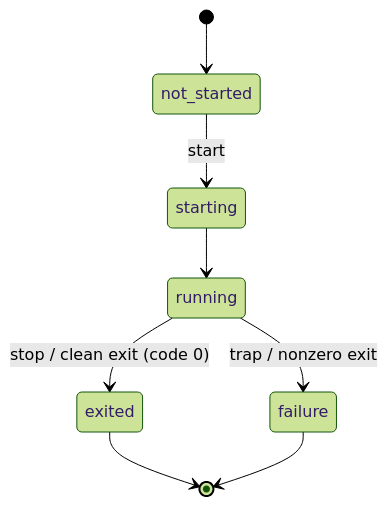
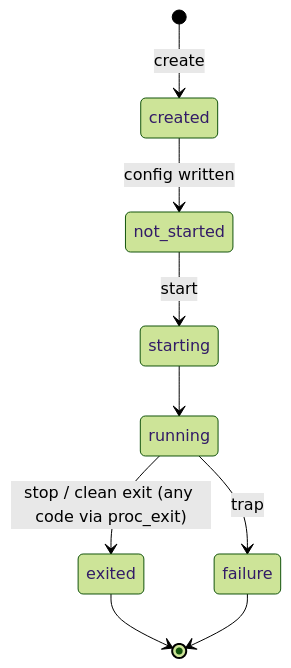
Before and after one commit to mekops-labs/wanted-engine: the diagram in docs/control-plane-reference.md, drawn with Mermaid (forest theme). The commit also changed other lines of this file and 3 other files, not shown here.

First line of the commit message:
docs: document the create lifecycle, exit_code node, and env/argv config

````diff
--- a/docs/control-plane-reference.md
+++ b/docs/control-plane-reference.md
@@ -86,10 +100,11 @@
 ```mermaid
 stateDiagram-v2
-    [*] --> not_started
+    [*] --> created: create
+    created --> not_started: config written
     not_started --> starting: start
     starting --> running
-    running --> exited: stop / clean exit (code 0)
-    running --> failure: trap / nonzero exit
+    running --> exited: stop / clean exit (any code via proc_exit)
+    running --> failure: trap
     exited --> [*]
     failure --> [*]
 ```
````
